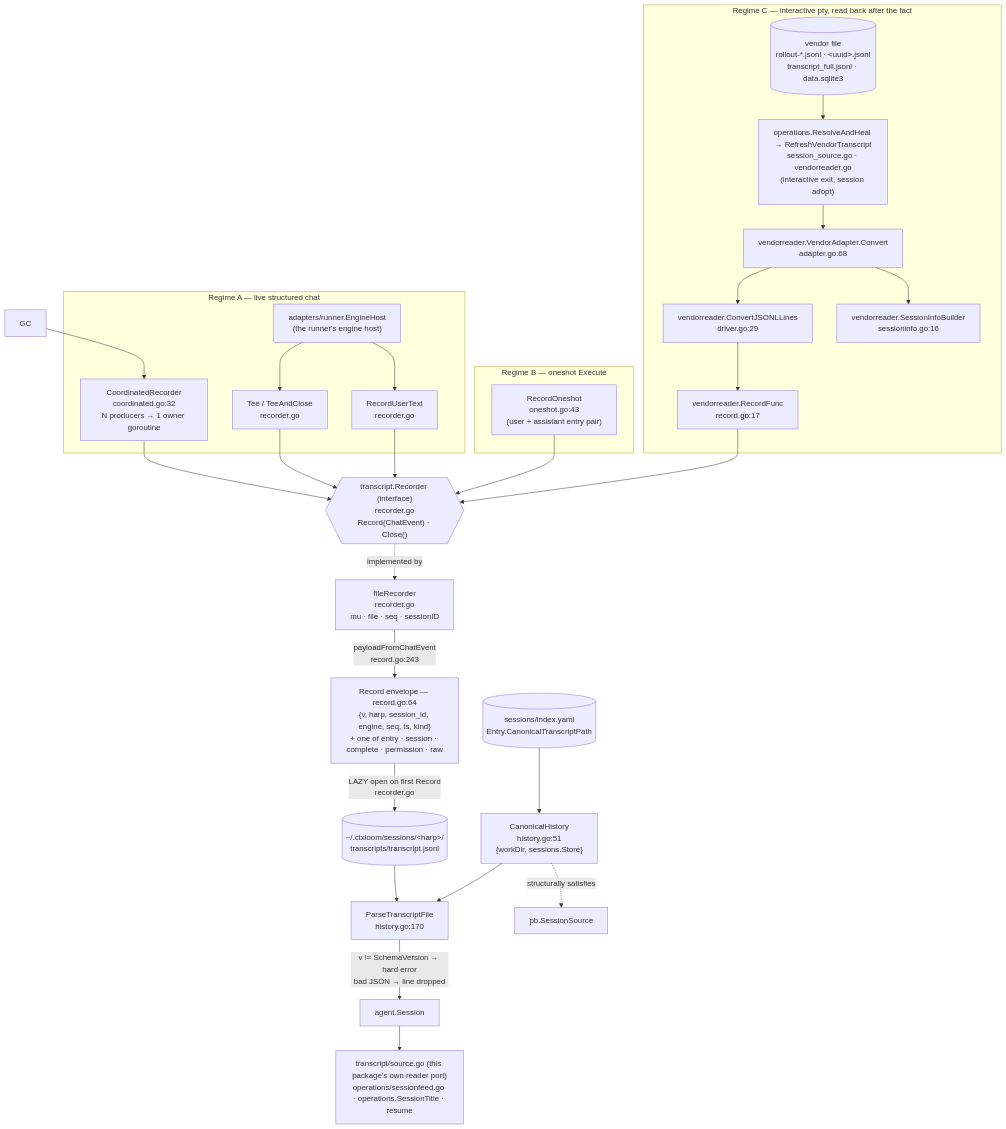
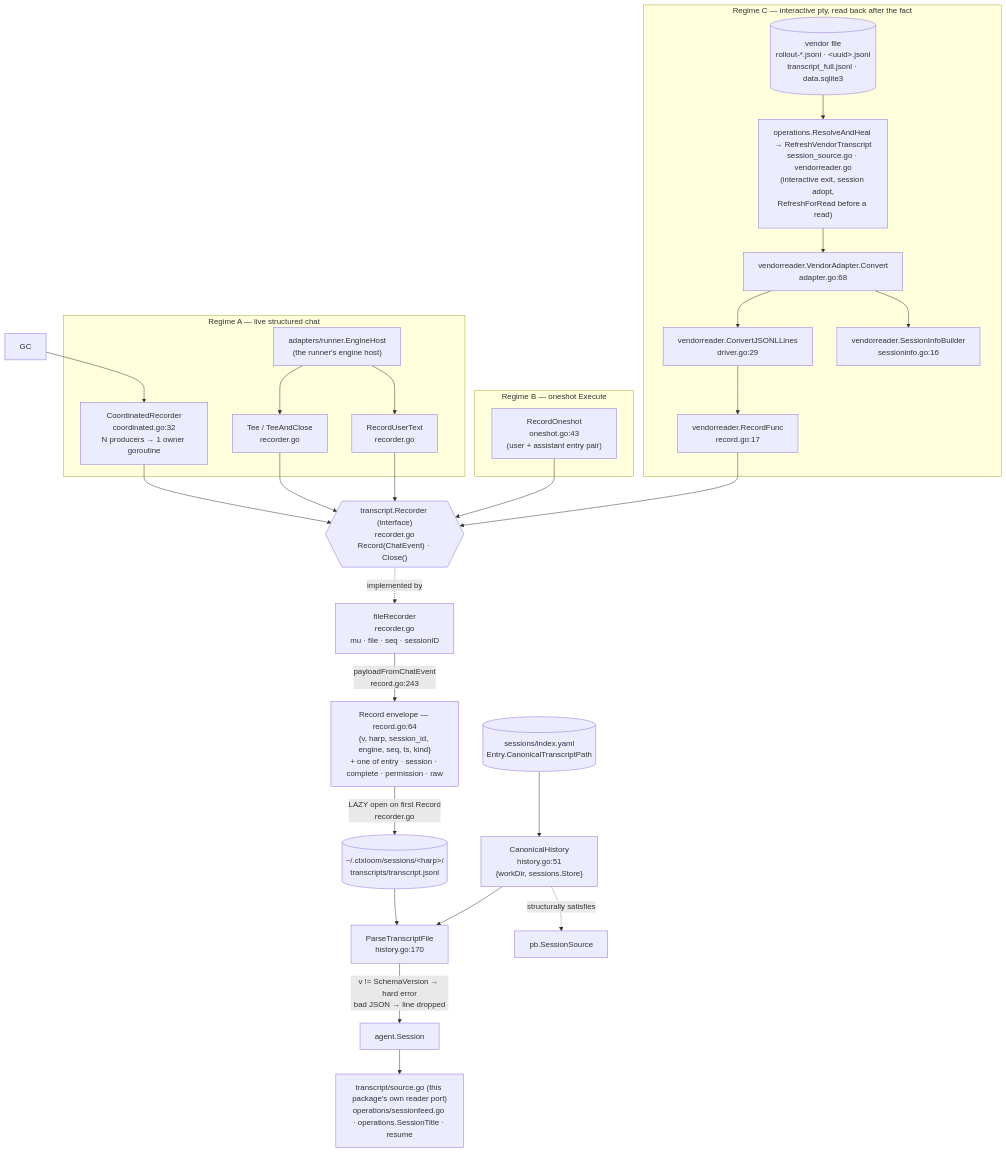
Before and after one commit to ctxloom/ctxloom: the first of 2 diagrams in docs/architecture/companions/transcript.md, drawn with Mermaid. The commit also changed other lines of this file and 17 other files, not shown here.

First line of the commit message:
feat(sessions): refresh a session's transcript before showing or resuming it

````diff
--- a/docs/architecture/companions/transcript.md
+++ b/docs/architecture/companions/transcript.md
@@ -23,46 +23,46 @@
 ```mermaid
 flowchart TD
     subgraph live["Regime A — live structured chat"]
       EH["adapters/runner.EngineHost<br/>(the runner's engine host)"]
       CR["CoordinatedRecorder<br/>coordinated.go:32<br/>N producers → 1 owner goroutine"]
       TEE["Tee / TeeAndClose<br/>recorder.go"]
       RUT["RecordUserText<br/>recorder.go"]
     end
 
     subgraph oneshot["Regime B — oneshot Execute"]
       RO["RecordOneshot<br/>oneshot.go:43<br/>(user + assistant entry pair)"]
     end
 
     subgraph vendor["Regime C — interactive pty, read back after the fact"]
       VF[("vendor file<br/>rollout-*.jsonl · &lt;uuid&gt;.jsonl<br/>transcript_full.jsonl · data.sqlite3")]
-      CVT["operations.ResolveAndHeal → RefreshVendorTranscript<br/>session_source.go · vendorreader.go<br/>(interactive exit, session adopt)"]
+      CVT["operations.ResolveAndHeal → RefreshVendorTranscript<br/>session_source.go · vendorreader.go<br/>(interactive exit, session adopt,<br/>RefreshForRead before a read)"]
       VA["vendorreader.VendorAdapter.Convert<br/>adapter.go:68"]
       DRV["vendorreader.ConvertJSONLLines<br/>driver.go:29"]
       SIB["vendorreader.SessionInfoBuilder<br/>sessioninfo.go:16"]
       RF["vendorreader.RecordFunc<br/>record.go:17"]
     end
 
     GC --> CR
     EH --> TEE
     EH --> RUT
     CR --> RECI
     TEE --> RECI
     RUT --> RECI
     RO --> RECI
     VF --> CVT --> VA --> DRV
     VA --> SIB
     DRV --> RF --> RECI
 
     RECI{{"transcript.Recorder (interface)<br/>recorder.go<br/>Record(ChatEvent) · Close()"}}
     RECI -.implemented by.-> FR["fileRecorder<br/>recorder.go<br/>mu · file · seq · sessionID"]
 
     FR -->|"payloadFromChatEvent<br/>record.go:243"| REC["Record envelope — record.go:64<br/>{v, harp, session_id, engine, seq, ts, kind}<br/>+ one of entry · session · complete · permission · raw"]
     REC -->|"LAZY open on first Record<br/>recorder.go"| DISK[("~/.ctxloom/sessions/&lt;harp&gt;/<br/>transcripts/transcript.jsonl")]
 
     DISK --> PTF["ParseTranscriptFile<br/>history.go:170"]
     PTF -->|"v != SchemaVersion → hard error<br/>bad JSON → line dropped"| SESS["agent.Session"]
     CH["CanonicalHistory<br/>history.go:51<br/>{workDir, sessions.Store}"] --> PTF
     CH -.structurally satisfies.-> PBS["pb.SessionSource"]
     IDX[("sessions/index.yaml<br/>Entry.CanonicalTranscriptPath")] --> CH
     SESS --> CONS["transcript/source.go (this package's own reader port)<br/>operations/sessionfeed.go · operations.SessionTitle · resume"]
 ```
````
